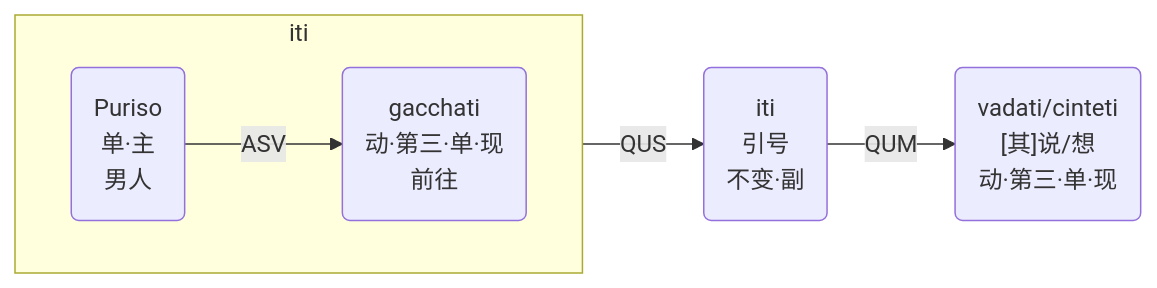
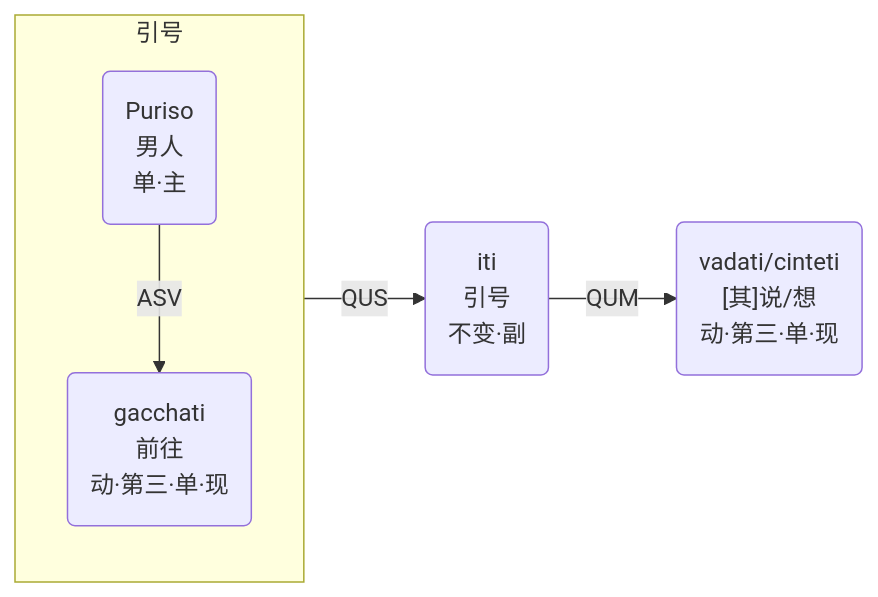
The first of 4 diagrams in src/advance-relation/1_iti.md (iapt-platform/pali-handbook), drawn with Mermaid before and after one commit. The commit also changed other lines of this file and 3 other files, not shown here.

Commit message:
修复mermaid

```diff
--- a/src/advance-relation/1_iti.md
+++ b/src/advance-relation/1_iti.md
@@ -20,13 +21,12 @@
 <div class="mermaid">
 flowchart LR
-subgraph iti
-direction LR
-A("Puriso<br>单·主<br>男人<br>")
-B("gacchati<br>动·第三·单·现<br>前往")
+A("Puriso<br>男人<br>单·主")
+B("gacchati<br>前往<br>动·第三·单·现")
+C("iti<br>引号<br>不变·副")
+D("vadati/cinteti<br>[其]说/想<br>动·第三·单·现")
+subgraph 引号
 A--"ASV"-->B
 end
-C("iti<br>引号<br>不变·副")
-D("vadati/cinteti<br>[其]说/想<br>动·第三·单·现")
-iti--"QUS"-->C
+引号--"QUS"-->C
 C--"QUM"-->D
 </div>
```
